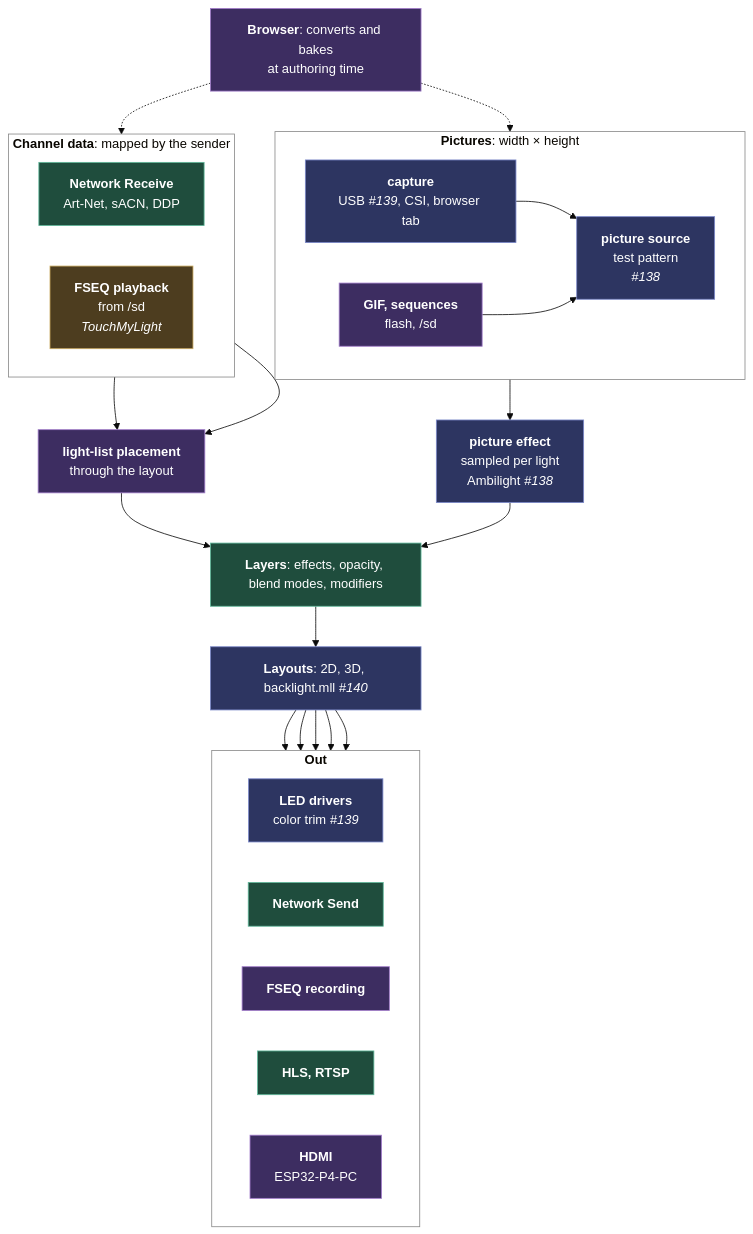
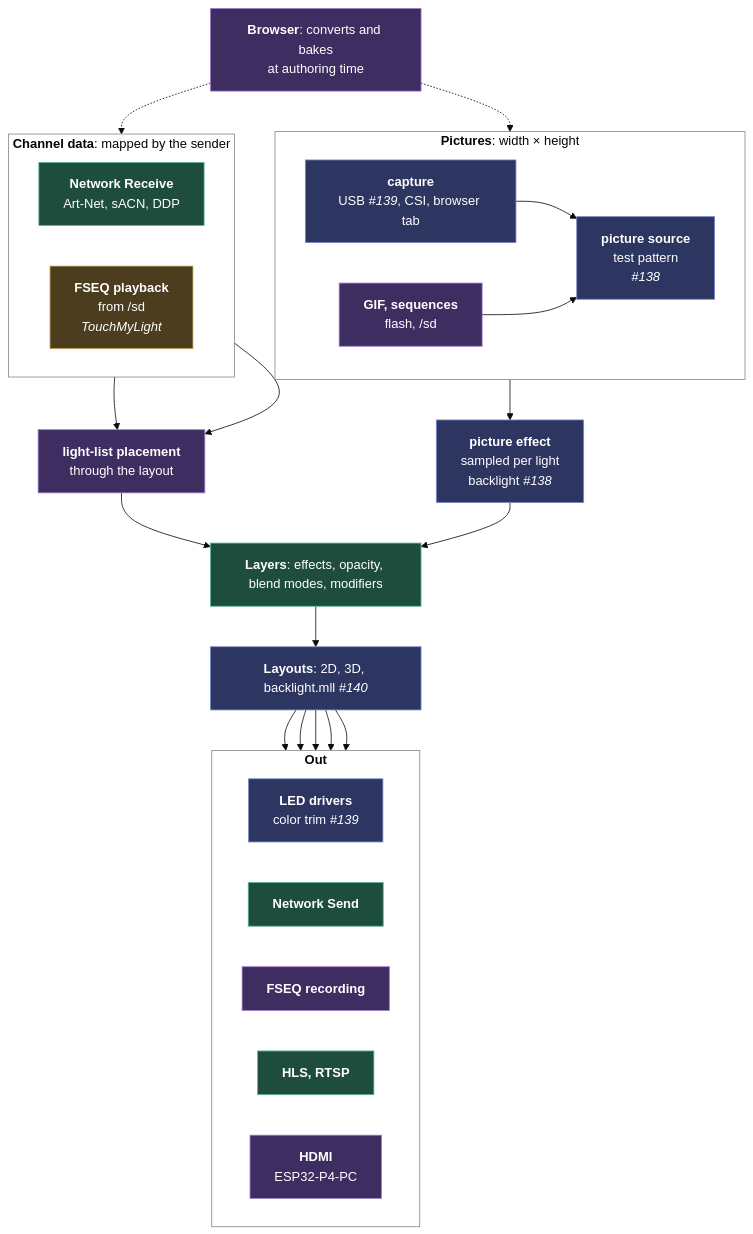
Before and after one commit to MoonModules/MoonLight: the diagram in docs/work/present/Plan-20261013 - Streams, every frame from outside.md, drawn with Mermaid (base theme). The commit also changed other lines of this file and 75 other files, not shown here.

````diff
--- a/docs/work/present/Plan-20261013 - Streams, every frame from outside.md
+++ b/docs/work/present/Plan-20261013 - Streams, every frame from outside.md
@@ -122,55 +124,55 @@
 ```mermaid
 flowchart TB
     subgraph CH["<b>Channel data</b>: mapped by the sender"]
         direction LR
         nr["<b>Network Receive</b><br/>Art-Net, sACN, DDP"]
         fseq["<b>FSEQ playback</b><br/>from /sd<br/><i>TouchMyLight</i>"]
     end
     subgraph PIC["<b>Pictures</b>: width × height"]
         direction LR
         cap["<b>capture</b><br/>USB <i>#139</i>, CSI, browser tab"]
         gif["<b>GIF, sequences</b><br/>flash, /sd"]
         ps["<b>picture source</b><br/>test pattern<br/><i>#138</i>"]
     end
     place["<b>light-list placement</b><br/>through the layout"]
-    samp["<b>picture effect</b><br/>sampled per light<br/>Ambilight <i>#138</i>"]
+    samp["<b>picture effect</b><br/>sampled per light<br/>backlight <i>#138</i>"]
     mix["<b>Layers</b>: effects, opacity, blend modes, modifiers"]
     map["<b>Layouts</b>: 2D, 3D, backlight.mll <i>#140</i>"]
     subgraph OUT["<b>Out</b>"]
         direction LR
         drv["<b>LED drivers</b><br/>color trim <i>#139</i>"]
         ns["<b>Network Send</b>"]
         rec["<b>FSEQ recording</b>"]
         hls["<b>HLS, RTSP</b>"]
         hdmi["<b>HDMI</b><br/>ESP32-P4-PC"]
     end
     browser["<b>Browser</b>: converts and bakes<br/>at authoring time"]
 
     nr --> place
     fseq --> place
     cap --> ps
     gif --> ps
     ps --> samp
     place --> mix
     samp --> mix
     mix --> map
     map --> drv
     map --> ns
     map --> rec
     map --> hls
     map --> hdmi
     browser -.-> gif
     browser -.-> fseq
 
     classDef shipped fill:#1f4d3d,stroke:#5fb89a,color:#fff
     classDef pr fill:#2d3561,stroke:#7b88c9,color:#fff
     classDef planned fill:#4d3d1f,stroke:#c9a95f,color:#fff
     classDef proposal fill:#3d2d61,stroke:#a07bc9,color:#fff
     class nr,mix,ns,hls shipped
     class ps,samp,cap,map,drv pr
     class fseq planned
     class place,gif,rec,hdmi,browser proposal
     style CH fill:none,stroke:#888
     style PIC fill:none,stroke:#888
     style OUT fill:none,stroke:#888
 ```
````
